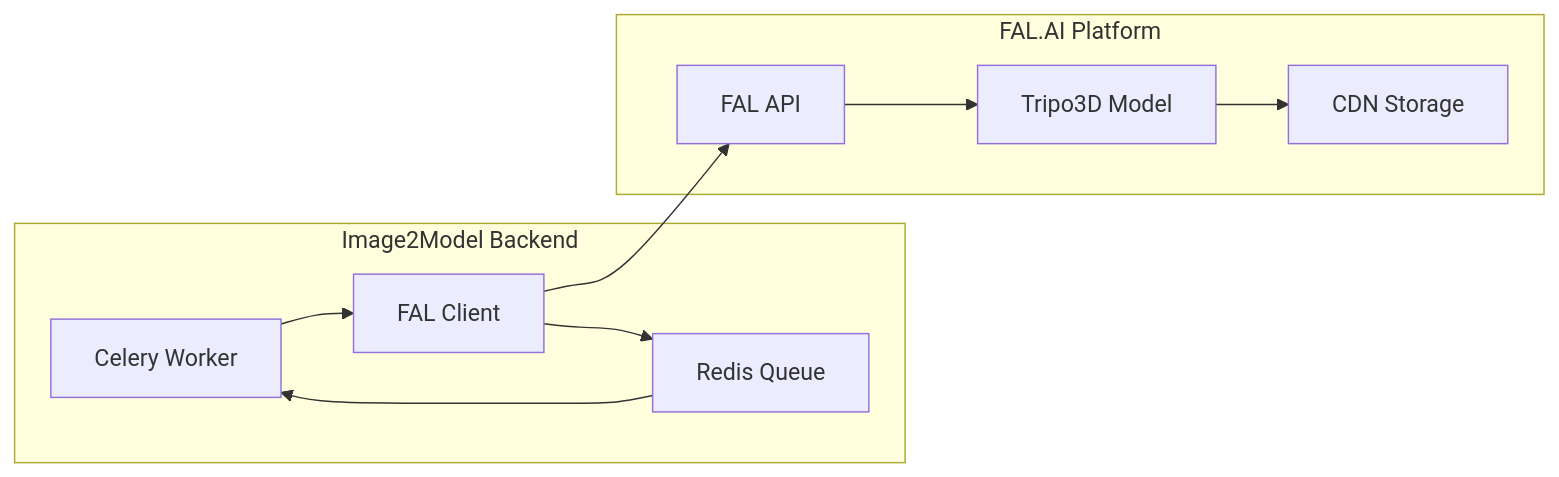
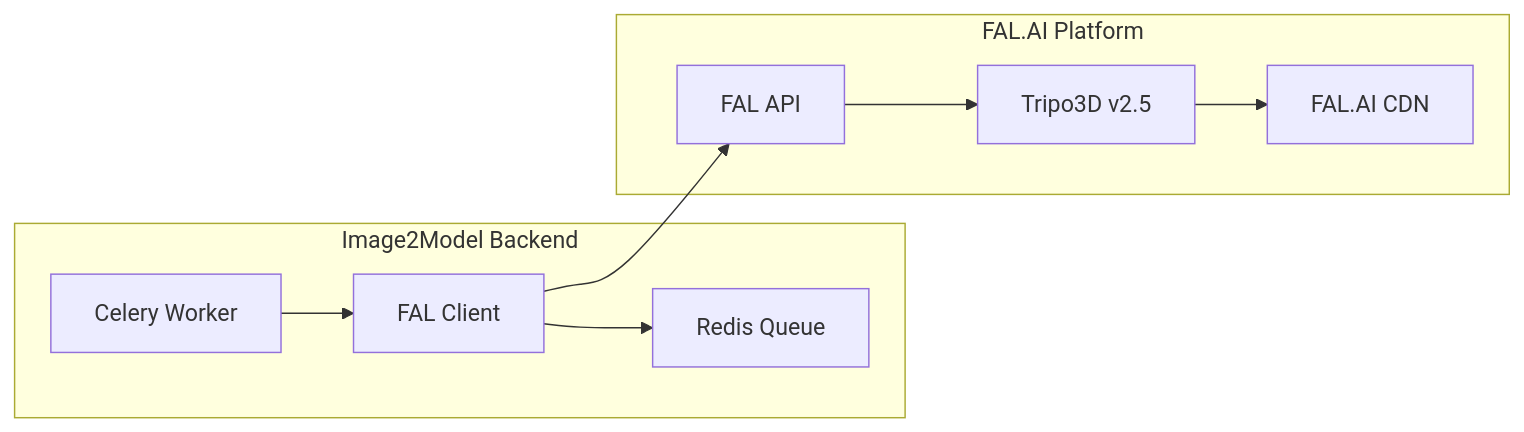
The diagram in docs/03-backend/services/fal-integration.md (pranitl/image2model), drawn with Mermaid before and after one commit. The commit also changed other lines of this file, not shown here.

First line of the commit message:
docs: completely rewrite fal-integration.md based on validation findings

````diff
--- a/docs/03-backend/services/fal-integration.md
+++ b/docs/03-backend/services/fal-integration.md
@@ -9,21 +9,20 @@
 ```mermaid
 graph LR
     subgraph "Image2Model Backend"
         WORKER[Celery Worker]
         CLIENT[FAL Client]
-        QUEUE[Redis Queue]
+        REDIS[Redis Queue]
     end
     
     subgraph "FAL.AI Platform"
         API[FAL API]
-        TRIPO[Tripo3D Model]
-        CDN[CDN Storage]
+        TRIPO[Tripo3D v2.5]
+        CDN[FAL.AI CDN]
     end
     
     WORKER --> CLIENT
     CLIENT --> API
     API --> TRIPO
     TRIPO --> CDN
-    CLIENT --> QUEUE
-    QUEUE --> WORKER
+    CLIENT --> REDIS
 ```
````
